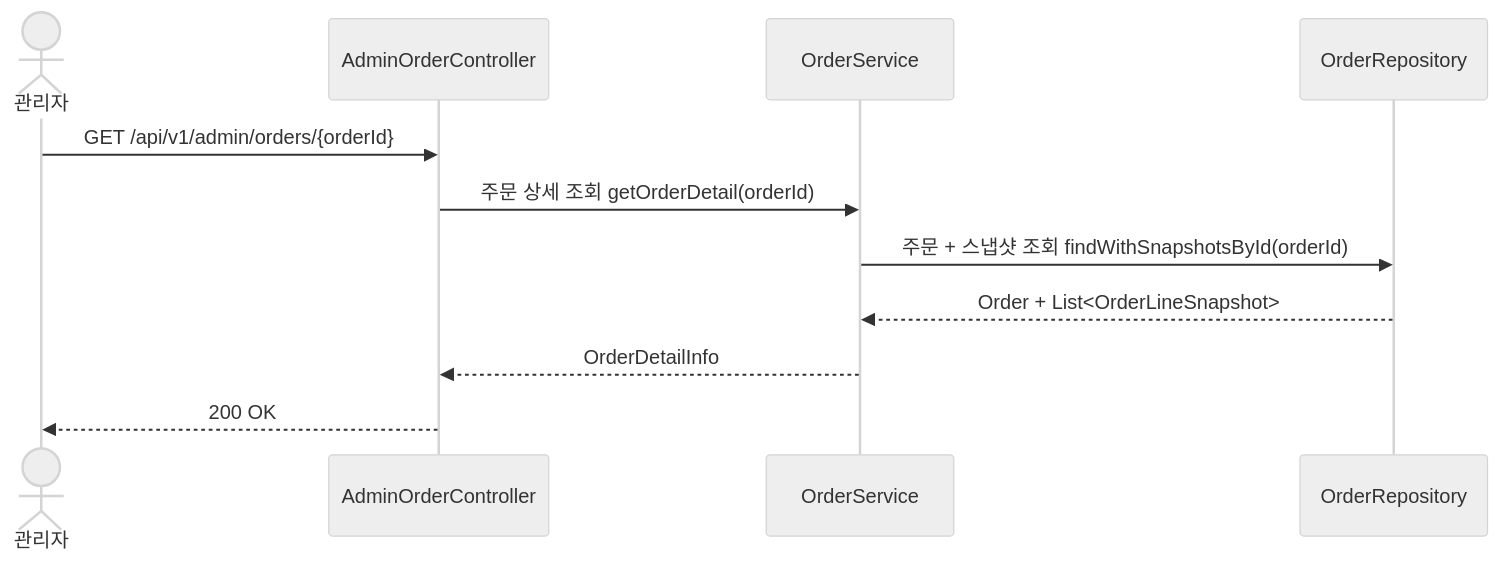
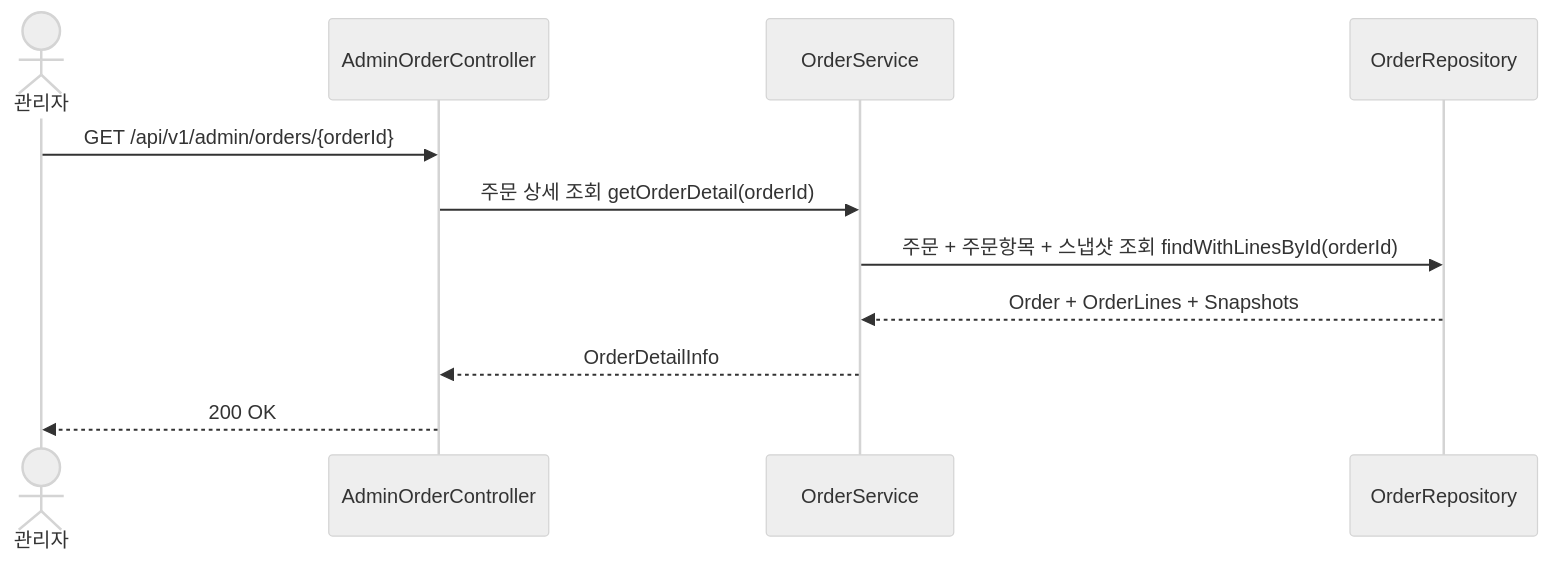
Diagram 21 of 21 in docs/design/02-sequence-diagrams.md (APapeIsName/loop-pack-be-l2-vol3-java), drawn with Mermaid (neutral theme) before and after one commit. The commit also changed other lines of this file and 66 other files, not shown here.

````diff
--- a/docs/design/02-sequence-diagrams.md
+++ b/docs/design/02-sequence-diagrams.md
@@ -571,14 +567,14 @@
 ```mermaid
 sequenceDiagram
     actor A as 관리자
     participant C as AdminOrderController
     participant OS as OrderService
     participant OR as OrderRepository
 
     A->>C: GET /api/v1/admin/orders/{orderId}
     C->>OS: 주문 상세 조회 getOrderDetail(orderId)
-    OS->>OR: 주문 + 스냅샷 조회 findWithSnapshotsById(orderId)
-    OR-->>OS: Order + List<OrderLineSnapshot>
+    OS->>OR: 주문 + 주문항목 + 스냅샷 조회 findWithLinesById(orderId)
+    OR-->>OS: Order + OrderLines + Snapshots
     OS-->>C: OrderDetailInfo
     C-->>A: 200 OK
 ```
````
